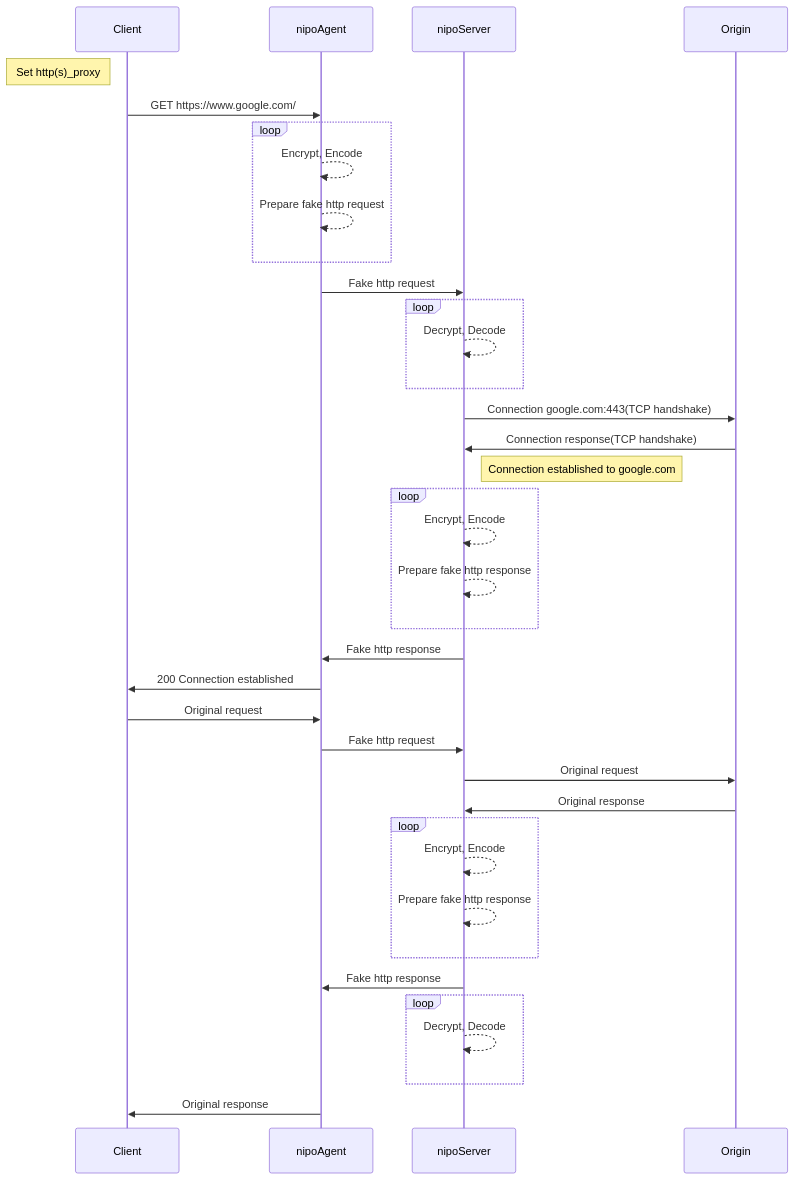
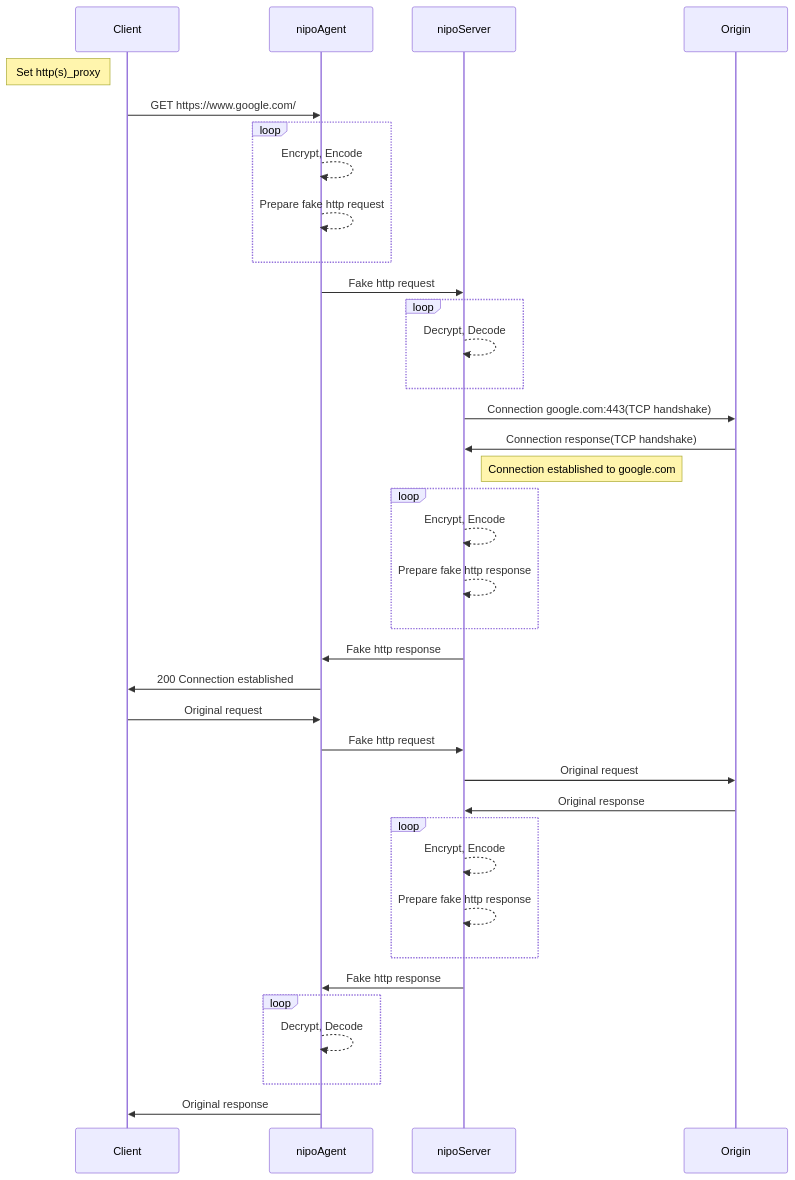
One commit to MortezaBashsiz/nipovpn changed the diagram in README.md. Above: the diagram before and after it, drawn with Mermaid.

Commit message:
Test Readme

````diff
--- a/README.md
+++ b/README.md
@@ -6,37 +6,37 @@
 ```mermaid
 sequenceDiagram
 Note left of Client: Set http(s)_proxy
 Client ->> nipoAgent: GET https://www.google.com/ 
 loop
     nipoAgent-->>nipoAgent: Encrypt, Encode
     nipoAgent-->>nipoAgent: Prepare fake http request
 end
 nipoAgent ->> nipoServer: Fake http request
 loop
     nipoServer-->>nipoServer: Decrypt, Decode
 end
 nipoServer ->> Origin: Connection google.com:443(TCP handshake)
 Origin ->> nipoServer: Connection response(TCP handshake)
 Note right of nipoServer: Connection established to google.com
 loop
     nipoServer-->>nipoServer: Encrypt, Encode
     nipoServer-->>nipoServer: Prepare fake http response
 end
 nipoServer ->> nipoAgent: Fake http response
 nipoAgent ->> Client: 200 Connection established
 Client ->> nipoAgent: Original request
 nipoAgent ->> nipoServer: Fake http request
 nipoServer ->> Origin: Original request
 Origin ->> nipoServer: Original response
 loop
     nipoServer-->>nipoServer: Encrypt, Encode
     nipoServer-->>nipoServer: Prepare fake http response
 end
 nipoServer ->> nipoAgent: Fake http response
 loop
-    nipoServer-->>nipoServer: Decrypt, Decode
+    nipoAgent-->>nipoAgent: Decrypt, Decode
 end
 nipoAgent ->> Client: Original response
 
 
 ```
````
